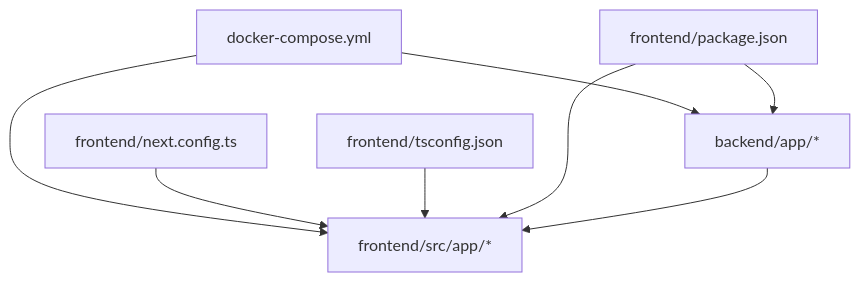
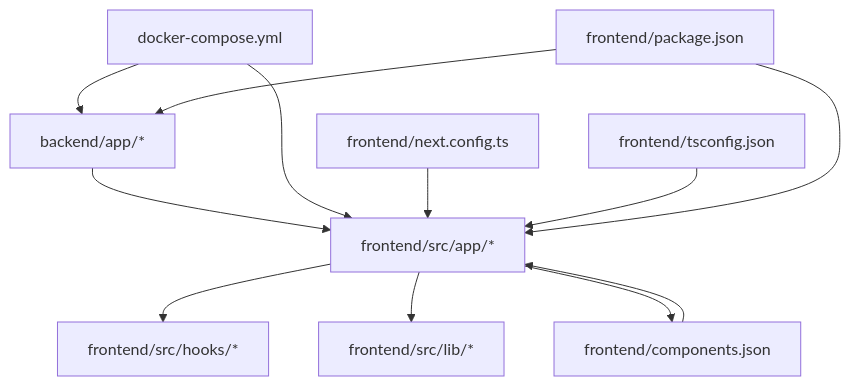
Before and after one commit to ss8806/Todos: the fifth of 5 diagrams in .qoder/repowiki/ja/content/アーキテクチャ/フロントエンドアーキテクチャ.md, drawn with Mermaid. The commit also changed other lines of this file and 6 other files, not shown here.

````diff
--- a/.qoder/repowiki/ja/content/アーキテクチャ/フロントエンドアーキテクチャ.md
+++ b/.qoder/repowiki/ja/content/アーキテクチャ/フロントエンドアーキテクチャ.md
@@ -245,16 +344,23 @@
 ```mermaid
 graph TB
 DOCKER["docker-compose.yml"]
 NEXT["frontend/next.config.ts"]
 TS["frontend/tsconfig.json"]
 PKG["frontend/package.json"]
+COMPONENTS["frontend/components.json"]
 FRONT["frontend/src/app/*"]
 BACK["backend/app/*"]
+HOOKS["frontend/src/hooks/*"]
+LIB["frontend/src/lib/*"]
+FRONT --> HOOKS
+FRONT --> LIB
+FRONT --> COMPONENTS
+BACK --> FRONT
 DOCKER --> FRONT
 DOCKER --> BACK
 NEXT --> FRONT
 TS --> FRONT
 PKG --> FRONT
 PKG --> BACK
-BACK --> FRONT
+COMPONENTS --> FRONT
 ```
````
